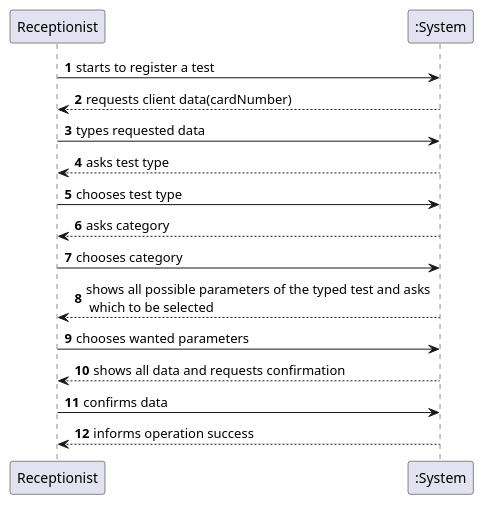
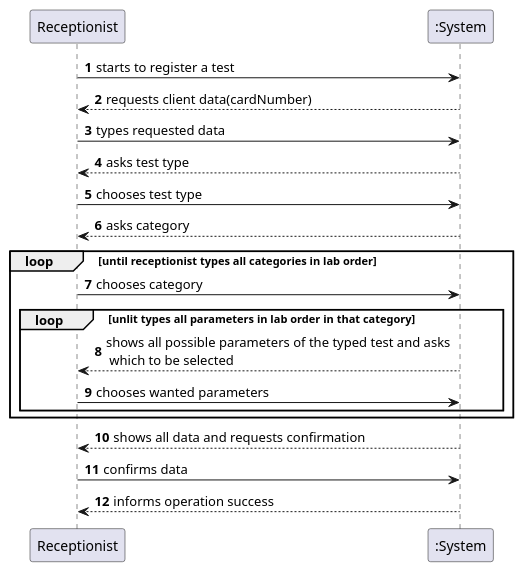
One commit to MadDinosaur/ISEP-LAPR2 changed the diagram in docs/SprintC/US4/US4_SSD.puml. Above: the diagram before and after it, drawn with PlantUML. The commit also changed 6 other files, not shown here.

```diff
--- a/docs/SprintC/US4/US4_SSD.puml
+++ b/docs/SprintC/US4/US4_SSD.puml
@@ -1,18 +1,23 @@
 @startuml
 autonumber
 
 Receptionist -> ":System" : starts to register a test
 ":System" --> Receptionist : requests client data(cardNumber)
 Receptionist -> ":System" : types requested data
 ":System" --> Receptionist : asks test type
 Receptionist -> ":System" : chooses test type
 ":System" --> Receptionist : asks category
+loop until receptionist types all categories in lab order
 Receptionist -> ":System" : chooses category
+loop unlit types all parameters in lab order in that category
 ":System" --> Receptionist : shows all possible parameters of the typed test and asks \n which to be selected
 Receptionist -> ":System" : chooses wanted parameters
+end loop
+end loop
 ":System" --> Receptionist : shows all data and requests confirmation
 Receptionist -> ":System" : confirms data
 ":System" --> Receptionist : informs operation success
 
 
+
 @enduml
```
